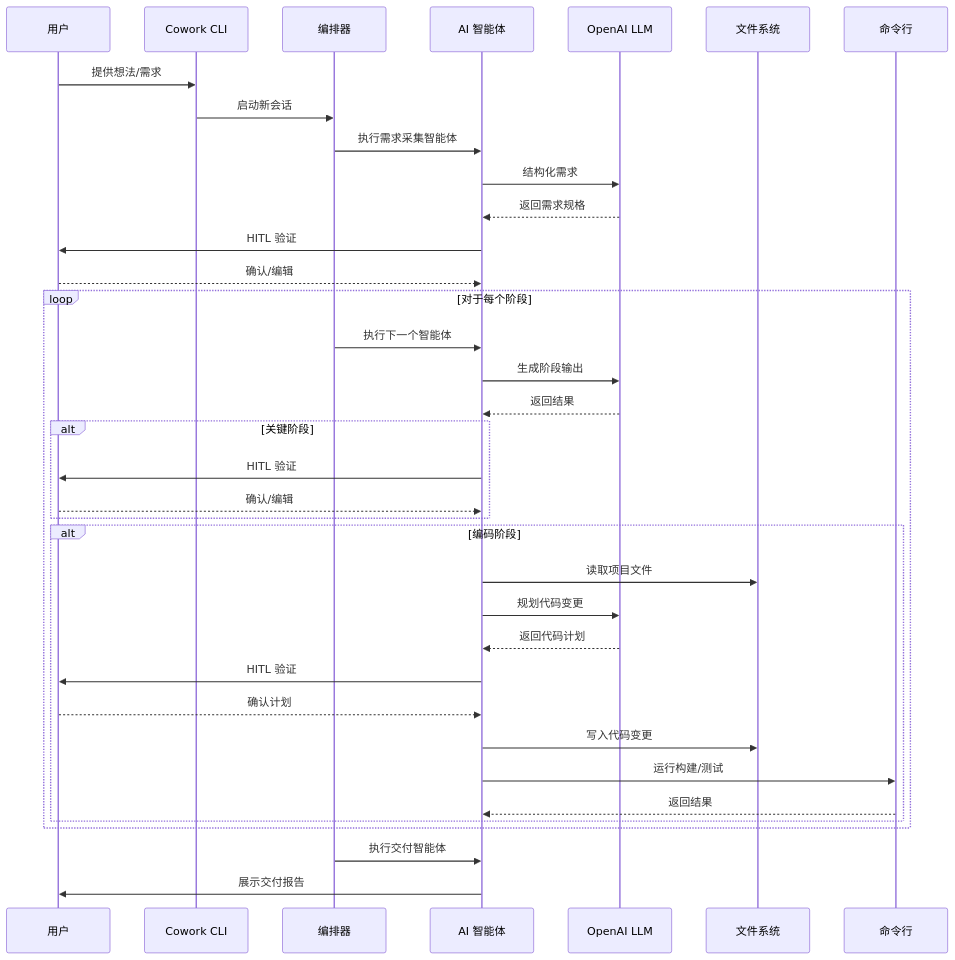
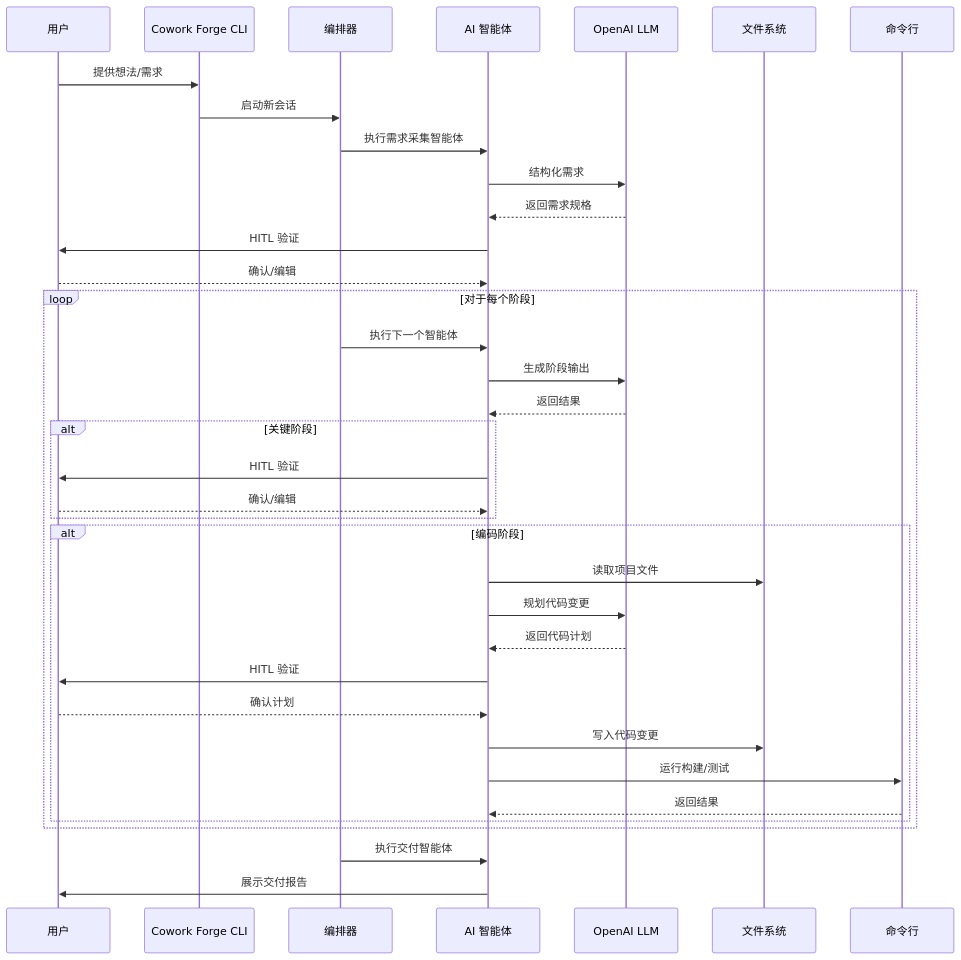
The second of 2 diagrams in README_zh.md (sopaco/cowork-forge), drawn with Mermaid before and after one commit. The commit also changed other lines of this file and 22 other files, not shown here.

Commit message:
update the identifier to cowork-forge

````diff
--- a/README_zh.md
+++ b/README_zh.md
@@ -257,43 +257,43 @@
 ```mermaid
 sequenceDiagram
     participant User as 用户
-    participant CLI as Cowork CLI
+    participant CLI as Cowork Forge CLI
     participant Orch as 编排器
     participant Agents as AI 智能体
     participant LLM as OpenAI LLM
     participant FS as 文件系统
     participant CMD as 命令行
 
     User->>CLI: 提供想法/需求
     CLI->>Orch: 启动新会话
     Orch->>Agents: 执行需求采集智能体
     Agents->>LLM: 结构化需求
     LLM-->>Agents: 返回需求规格
     Agents->>User: HITL 验证
     User-->>Agents: 确认/编辑
     
     loop 对于每个阶段
         Orch->>Agents: 执行下一个智能体
         Agents->>LLM: 生成阶段输出
         LLM-->>Agents: 返回结果
         
         alt 关键阶段
             Agents->>User: HITL 验证
             User-->>Agents: 确认/编辑
         end
         
         alt 编码阶段
             Agents->>FS: 读取项目文件
             Agents->>LLM: 规划代码变更
             LLM-->>Agents: 返回代码计划
             Agents->>User: HITL 验证
             User-->>Agents: 确认计划
             Agents->>FS: 写入代码变更
             Agents->>CMD: 运行构建/测试
             CMD-->>Agents: 返回结果
         end
     end
     
     Orch->>Agents: 执行交付智能体
     Agents->>User: 展示交付报告
 ```
````
